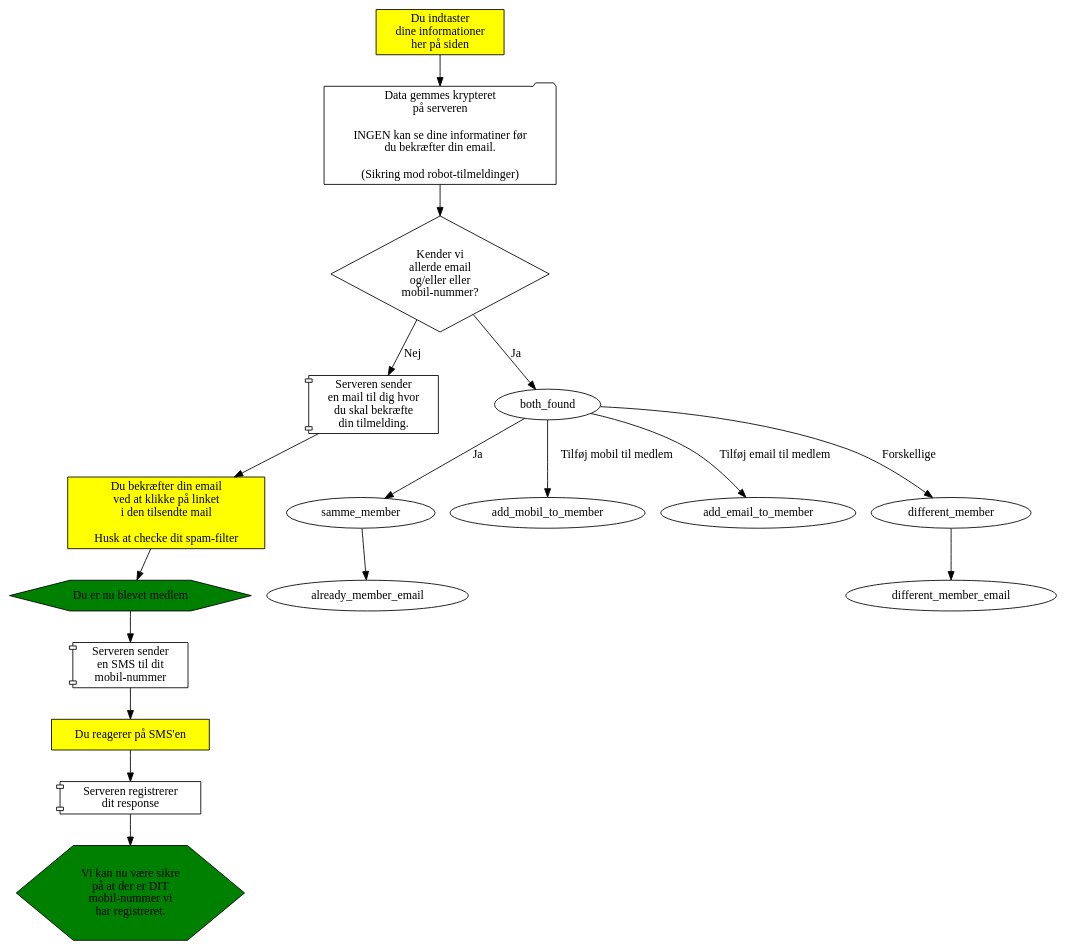
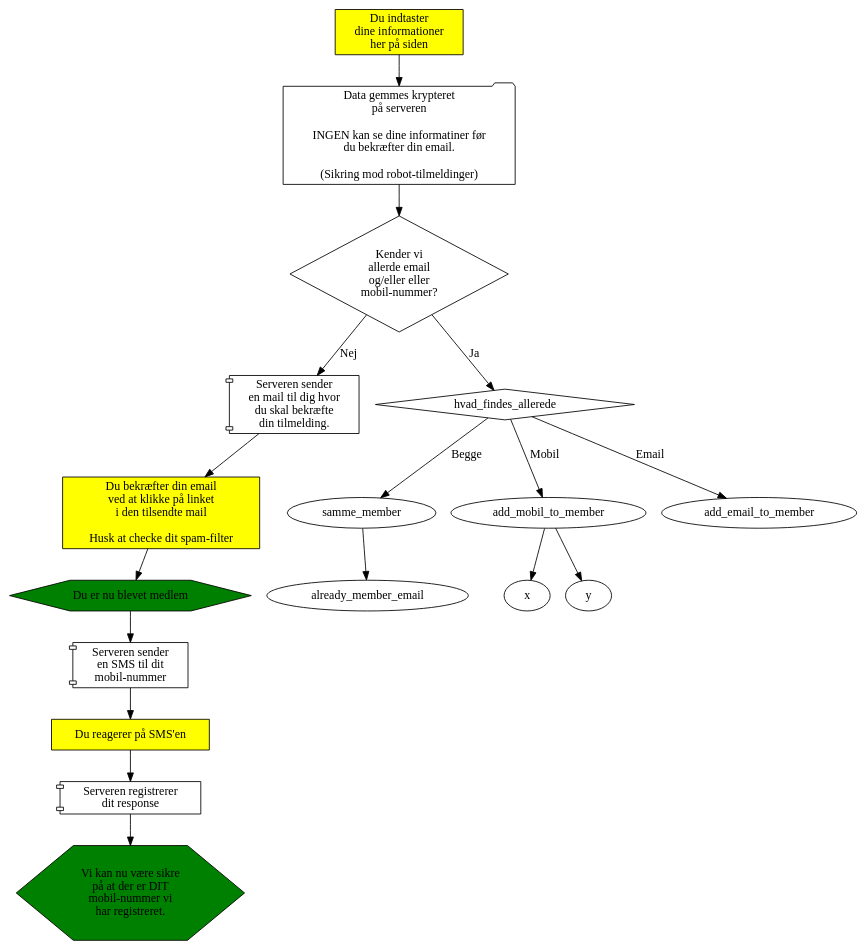
Before and after one commit to alslug/alslug.dk: the diagram in medlemskab/indmeldelse.dot, drawn with Graphviz.

```diff
--- a/medlemskab/indmeldelse.dot
+++ b/medlemskab/indmeldelse.dot
@@ -1,34 +1,36 @@
 digraph indmeldelse {
   { # Dine handlinger
     node [ shape=box style=filled fillcolor=yellow ];
     indtast                [label="Du indtaster\ndine informationer\nher på siden"];
     confirm_email          [label="Du bekræfter din email\nved at klikke på linket\ni den tilsendte mail\n\nHusk at checke dit spam-filter"];
     confirm_sms            [label="Du reagerer på SMS'en"];
   }
   send_tilmelding        [shape=folder label="Data gemmes krypteret\npå serveren\n\nINGEN kan se dine informatiner før\ndu bekræfter din email.\n\n(Sikring mod robot-tilmeldinger)"];
   { # Server-aktiviteter
     node [shape=component];
     server_sender_ny_email [label="Serveren sender\nen mail til dig hvor\ndu skal bekræfte\ndin tilmelding."];
     server_sender_sms      [label="Serveren sender\nen SMS til dit\nmobil-nummer"];
     sms_confirmed          [label="Serveren registrerer\ndit response"];
   }
   { # Results
     node [shape=hexagon   style=filled fillcolor=green ];
     du_biver_medlem  [label="Du er nu blevet medlem"];
     mobile_ok        [label="Vi kan nu være sikre\npå at der er DIT\nmobil-nummer vi\nhar registreret."]; 
   }
   { # Valg
-    findes_allerede        [shape=diamond                                 label="Kender vi\nallerde email\nog/eller eller\nmobil-nummer?"];
+    node [shape=diamond];
+    findes_allerede        [label="Kender vi\nallerde email\nog/eller eller\nmobil-nummer?"];
+    hvad_findes_allerede;
   }
 
   indtast -> send_tilmelding -> findes_allerede;
                                 findes_allerede -> server_sender_ny_email [label="Nej"];
                                                    server_sender_ny_email -> confirm_email -> du_biver_medlem -> server_sender_sms -> confirm_sms -> sms_confirmed ->mobile_ok;
-                                findes_allerede -> both_found             [label="Ja"];
-                                                   both_found -> samme_member        [label="Ja"];
-                                                                 samme_member -> already_member_email;
-                                                   both_found -> add_mobil_to_member [label="Tilføj mobil til medlem"];
-                                                   both_found -> add_email_to_member [label="Tilføj email til medlem"];
-                                                   both_found -> different_member    [label="Forskellige"];
-                                                                 different_member -> different_member_email;
+                                findes_allerede -> hvad_findes_allerede             [label="Ja"];
+                                                   hvad_findes_allerede-> samme_member        [label="Begge"];
+                                                                          samme_member -> already_member_email;
+                                                   hvad_findes_allerede -> add_mobil_to_member [label="Mobil"];
+                                                                           add_mobil_to_member -> x;
+                                                   hvad_findes_allerede -> add_email_to_member [label="Email"];
+                                                                           add_mobil_to_member -> y;
 }
```
